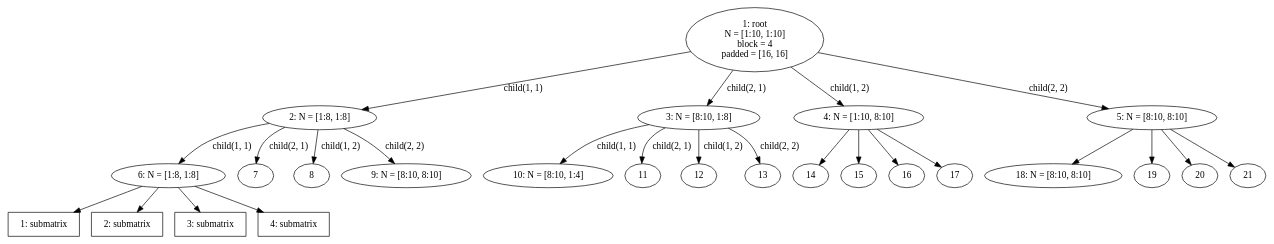
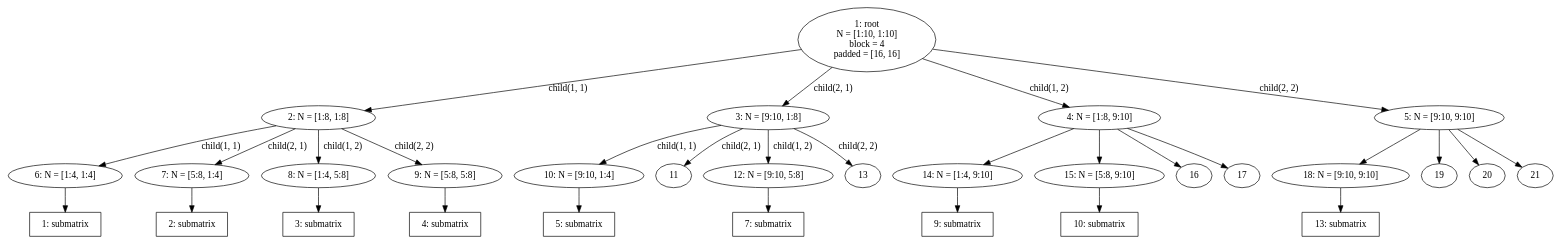
One commit to FreeON/spamm-fortran changed the diagram in docs/chunk_tree_2d.dot. Above: the diagram before and after it, drawn with Graphviz. The commit also changed 17 other files, not shown here.

```diff
--- a/docs/chunk_tree_2d.dot
+++ b/docs/chunk_tree_2d.dot
@@ -1,41 +1,68 @@
 digraph chunk_tree_2d {
         1 [label="1: root\nN = [1:10, 1:10]\nblock = 4\npadded = [16, 16]"];
         1 -> 2 [label="child(1, 1)"];
         1 -> 3 [label="child(2, 1)"];
         1 -> 4 [label="child(1, 2)"];
         1 -> 5 [label="child(2, 2)"];
         2 [label="2: N = [1:8, 1:8]"];
-        3 [label="3: N = [8:10, 1:8]"];
-        4 [label="4: N = [1:10, 8:10]"];
-        5 [label="5: N = [8:10, 8:10]"];
+        3 [label="3: N = [9:10, 1:8]"];
+        4 [label="4: N = [1:8, 9:10]"];
+        5 [label="5: N = [9:10, 9:10]"];
         2 -> 6 [label="child(1, 1)"];
         2 -> 7 [label="child(2, 1)"];
         2 -> 8 [label="child(1, 2)"];
         2 -> 9 [label="child(2, 2)"];
-        6 [label="6: N = [1:8, 1:8]"];
-        /* 7 [label="7: N = [8:10, 1:8]"]; */
-        /* 8 [label="8: N = [1:10, 8:10]"]; */
-        9 [label="9: N = [8:10, 8:10]"];
+        6 [label="6: N = [1:4, 1:4]"];
+        7 [label="7: N = [5:8, 1:4]"];
+        8 [label="8: N = [1:4, 5:8]"];
+        9 [label="9: N = [5:8, 5:8]"];
         3 -> 10 [label="child(1, 1)"];
         3 -> 11 [label="child(2, 1)"];
         3 -> 12 [label="child(1, 2)"];
         3 -> 13 [label="child(2, 2)"];
-        10 [label="10: N = [8:10, 1:4]"];
+        10 [label="10: N = [9:10, 1:4]"];
+        12 [label="12: N = [9:10, 5:8]"];
         4 -> 14;
         4 -> 15;
         4 -> 16;
         4 -> 17;
+        14 [label="14: N = [1:4, 9:10]"];
+        15 [label="15: N = [5:8, 9:10]"];
         5 -> 18;
         5 -> 19;
         5 -> 20;
         5 -> 21;
-        18 [label="18: N = [8:10, 8:10]"];
+        18 [label="18: N = [9:10, 9:10]"];
         6 -> 22;
-        6 -> 23;
-        6 -> 24;
-        6 -> 25;
+        7 -> 23;
+        8 -> 24;
+        9 -> 25;
+        10 -> 26;
+        /* 11 -> 27; */
+        12 -> 28;
+        /* 13 -> 29; */
+        14 -> 30;
+        15 -> 31;
+        /* 16 -> 32; */
+        /* 17 -> 33; */
+        18 -> 34;
+        /* 19 -> 35; */
+        /* 20 -> 36; */
+        /* 21 -> 37; */
         22 [shape=box, label="1: submatrix"];
         23 [shape=box, label="2: submatrix"];
         24 [shape=box, label="3: submatrix"];
         25 [shape=box, label="4: submatrix"];
+        26 [shape=box, label="5: submatrix"];
+        /* 27 [shape=box, label="6: submatrix"]; */
+        28 [shape=box, label="7: submatrix"];
+        /* 29 [shape=box, label="8: submatrix"]; */
+        30 [shape=box, label="9: submatrix"];
+        31 [shape=box, label="10: submatrix"];
+        /* 32 [shape=box, label="11: submatrix"]; */
+        /* 33 [shape=box, label="12: submatrix"]; */
+        34 [shape=box, label="13: submatrix"];
+        /* 35 [shape=box, label="14: submatrix"]; */
+        /* 36 [shape=box, label="15: submatrix"]; */
+        /* 37 [shape=box, label="16: submatrix"]; */
 }
```
